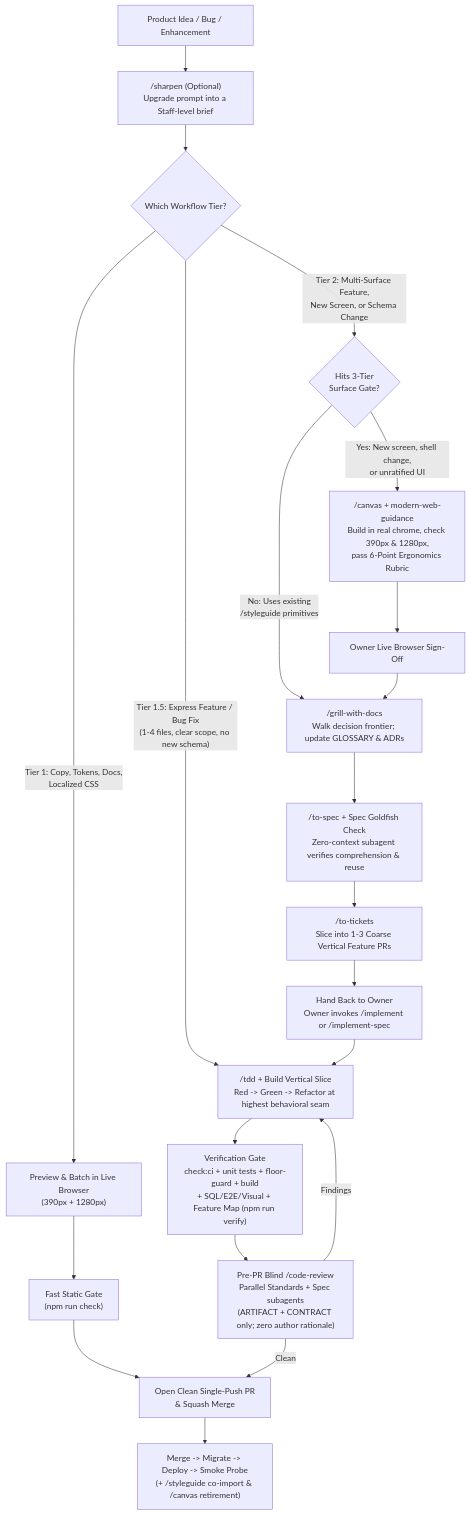
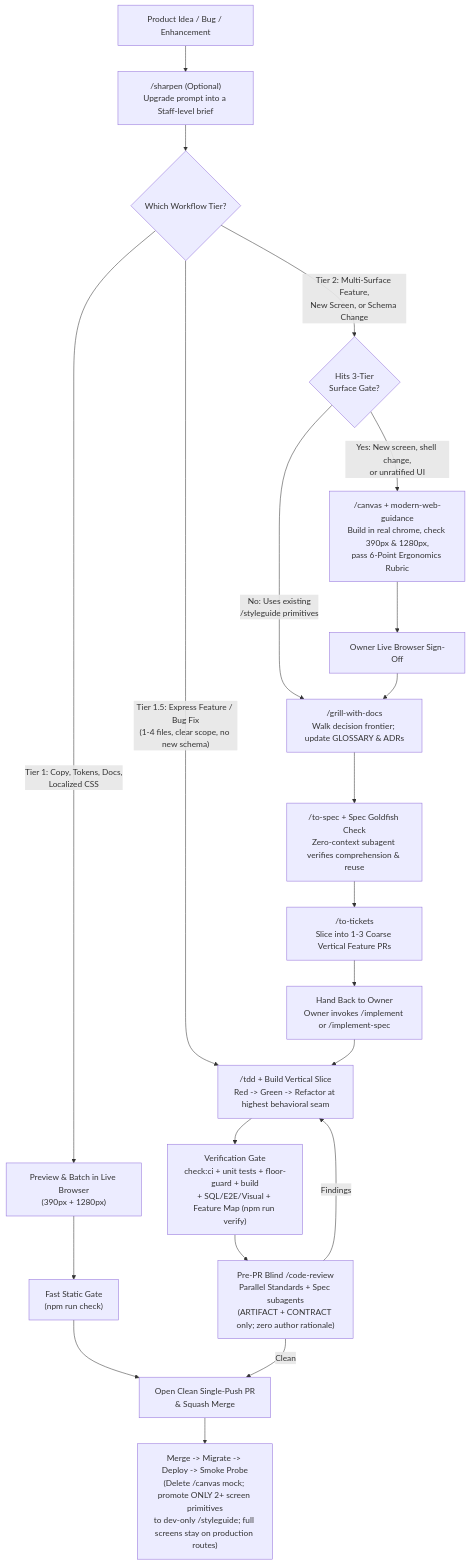
One commit to Justin-Fyk/workflows changed the diagram in README.md. Above: the diagram before and after it, drawn with Mermaid. The commit also changed 10 other files, not shown here.

Commit message:
feat(design): encode 3-Surface Design Architecture (ephemeral /canvas, lean primitive-only /styleguide, production Model Screens, dev-only gate)

````diff
--- a/README.md
+++ b/README.md
@@ -42,31 +42,31 @@
 ```mermaid
 flowchart TD
     Idea["Product Idea / Bug / Enhancement"] --> Sharpen["/sharpen (Optional)\nUpgrade prompt into a Staff-level brief"]
     Sharpen --> TierCheck{"Which Workflow Tier?"}
 
     %% Tier 1
     TierCheck -->|"Tier 1: Copy, Tokens, Docs,\nLocalized CSS"| T1Live["Preview & Batch in Live Browser\n(390px + 1280px)"]
     T1Live --> T1Check["Fast Static Gate\n(npm run check)"]
     T1Check --> PR["Open Clean Single-Push PR\n& Squash Merge"]
 
     %% Tier 1.5
     TierCheck -->|"Tier 1.5: Express Feature / Bug Fix\n(1-4 files, clear scope, no new schema)"| TddLoop
 
     %% Tier 2
     TierCheck -->|"Tier 2: Multi-Surface Feature,\nNew Screen, or Schema Change"| SurfaceGate{"Hits 3-Tier\nSurface Gate?"}
     SurfaceGate -->|"Yes: New screen, shell change,\nor unratified UI"| Canvas["/canvas + modern-web-guidance\nBuild in real chrome, check 390px & 1280px,\npass 6-Point Ergonomics Rubric"]
     Canvas --> OwnerCanvas["Owner Live Browser Sign-Off"]
     SurfaceGate -->|"No: Uses existing\n/styleguide primitives"| Grill
     OwnerCanvas --> Grill["/grill-with-docs\nWalk decision frontier; update GLOSSARY & ADRs"]
 
     Grill --> Spec["/to-spec + Spec Goldfish Check\nZero-context subagent verifies comprehension & reuse"]
     Spec --> Tickets["/to-tickets\nSlice into 1-3 Coarse Vertical Feature PRs"]
     Tickets --> Handback["Hand Back to Owner\nOwner invokes /implement or /implement-spec"]
 
     Handback --> TddLoop["/tdd + Build Vertical Slice\nRed -> Green -> Refactor at highest behavioral seam"]
     TddLoop --> VerifyGate["Verification Gate\ncheck:ci + unit tests + floor-guard + build\n+ SQL/E2E/Visual + Feature Map (npm run verify)"]
     VerifyGate --> BlindReview["Pre-PR Blind /code-review\nParallel Standards + Spec subagents\n(ARTIFACT + CONTRACT only; zero author rationale)"]
     BlindReview -->|"Findings"| TddLoop
     BlindReview -->|"Clean"| PR
-    PR --> GoLive["Merge -> Migrate -> Deploy -> Smoke Probe\n(+ /styleguide co-import & /canvas retirement)"]
+    PR --> GoLive["Merge -> Migrate -> Deploy -> Smoke Probe\n(Delete /canvas mock; promote ONLY 2+ screen primitives\nto dev-only /styleguide; full screens stay on production routes)"]
 ```
````
